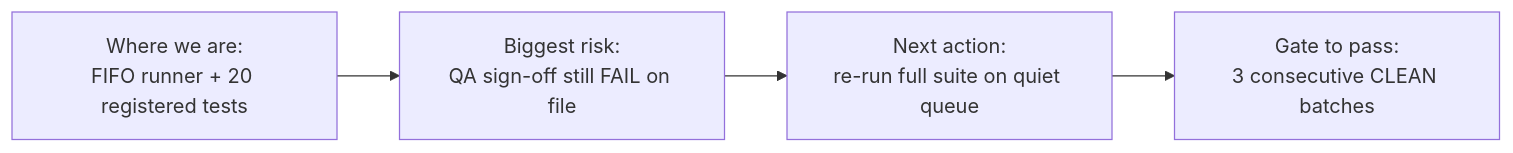
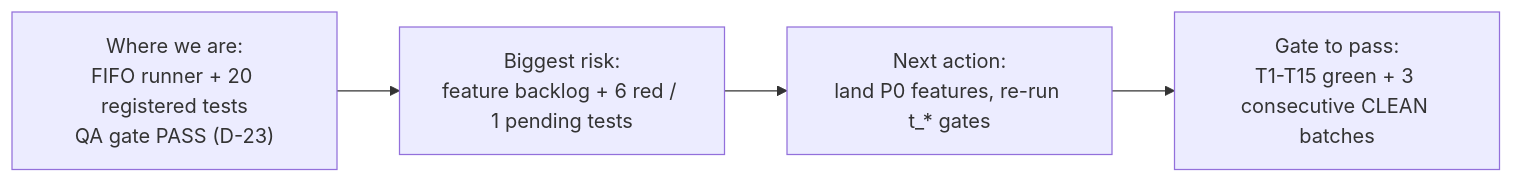
The first of 3 diagrams in docs/STATUS_TESTS.md (xevilmaxx/CossacksGodot), drawn with Mermaid before and after one commit. The commit also changed other lines of this file and 1531 other files, not shown here.

````diff
--- a/docs/STATUS_TESTS.md
+++ b/docs/STATUS_TESTS.md
@@ -42,6 +45,6 @@
 ```mermaid
 flowchart LR
-  A["Where we are:<br/>FIFO runner + 20 registered tests"] --> B["Biggest risk:<br/>QA sign-off still FAIL on file"]
-  B --> C["Next action:<br/>re-run full suite on quiet queue"]
-  C --> D["Gate to pass:<br/>3 consecutive CLEAN batches"]
+  A["Where we are:<br/>FIFO runner + 20 registered tests<br/>QA gate PASS (D-23)"] --> B["Biggest risk:<br/>feature backlog + 6 red / 1 pending tests"]
+  B --> C["Next action:<br/>land P0 features, re-run t_* gates"]
+  C --> D["Gate to pass:<br/>T1-T15 green + 3 consecutive CLEAN batches"]
 ```
````
